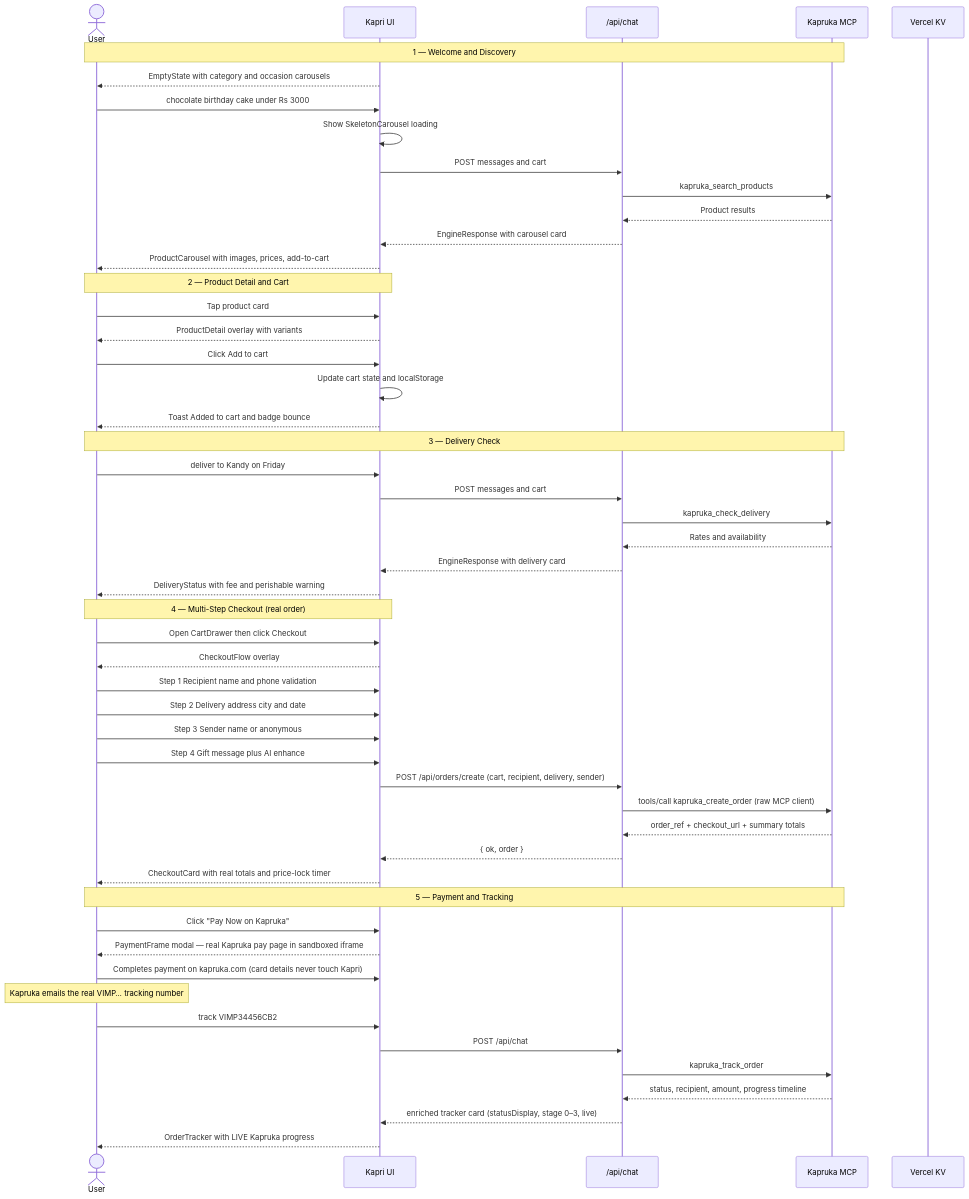
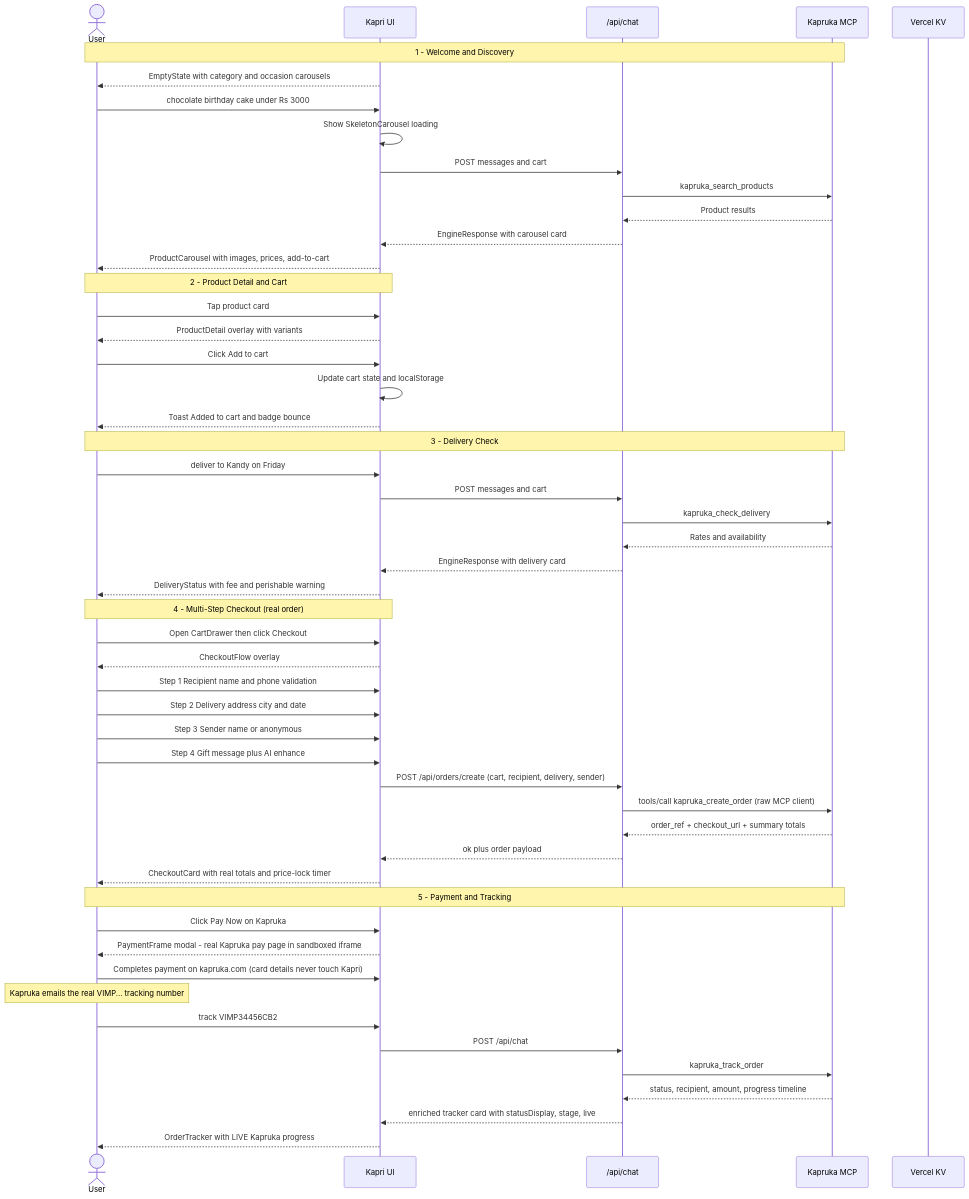
Before and after one commit to LasaKaru/kapri: the seventh of 8 diagrams in README.md, drawn with Mermaid. The commit also changed other lines of this file, not shown here.

First line of the commit message:
docs: make all README mermaid diagrams GitHub-renderable

````diff
--- a/README.md
+++ b/README.md
@@ -350,58 +352,58 @@
 ```mermaid
 sequenceDiagram
     actor User
     participant UI as Kapri UI
     participant API as /api/chat
     participant MCP as Kapruka MCP
     participant KV as Vercel KV
 
-    Note over User,MCP: 1 — Welcome and Discovery
+    Note over User,MCP: 1 - Welcome and Discovery
     UI-->>User: EmptyState with category and occasion carousels
     User->>UI: chocolate birthday cake under Rs 3000
     UI->>UI: Show SkeletonCarousel loading
     UI->>API: POST messages and cart
     API->>MCP: kapruka_search_products
     MCP-->>API: Product results
     API-->>UI: EngineResponse with carousel card
     UI-->>User: ProductCarousel with images, prices, add-to-cart
 
-    Note over User,UI: 2 — Product Detail and Cart
+    Note over User,UI: 2 - Product Detail and Cart
     User->>UI: Tap product card
     UI-->>User: ProductDetail overlay with variants
     User->>UI: Click Add to cart
     UI->>UI: Update cart state and localStorage
     UI-->>User: Toast Added to cart and badge bounce
 
-    Note over User,MCP: 3 — Delivery Check
+    Note over User,MCP: 3 - Delivery Check
     User->>UI: deliver to Kandy on Friday
     UI->>API: POST messages and cart
     API->>MCP: kapruka_check_delivery
     MCP-->>API: Rates and availability
     API-->>UI: EngineResponse with delivery card
     UI-->>User: DeliveryStatus with fee and perishable warning
 
-    Note over User,UI: 4 — Multi-Step Checkout (real order)
+    Note over User,UI: 4 - Multi-Step Checkout (real order)
     User->>UI: Open CartDrawer then click Checkout
     UI-->>User: CheckoutFlow overlay
     User->>UI: Step 1 Recipient name and phone validation
     User->>UI: Step 2 Delivery address city and date
     User->>UI: Step 3 Sender name or anonymous
     User->>UI: Step 4 Gift message plus AI enhance
     UI->>API: POST /api/orders/create (cart, recipient, delivery, sender)
     API->>MCP: tools/call kapruka_create_order (raw MCP client)
     MCP-->>API: order_ref + checkout_url + summary totals
-    API-->>UI: { ok, order }
+    API-->>UI: ok plus order payload
     UI-->>User: CheckoutCard with real totals and price-lock timer
 
-    Note over User,MCP: 5 — Payment and Tracking
-    User->>UI: Click "Pay Now on Kapruka"
-    UI-->>User: PaymentFrame modal — real Kapruka pay page in sandboxed iframe
+    Note over User,MCP: 5 - Payment and Tracking
+    User->>UI: Click Pay Now on Kapruka
+    UI-->>User: PaymentFrame modal - real Kapruka pay page in sandboxed iframe
     User->>UI: Completes payment on kapruka.com (card details never touch Kapri)
-    Note over User: Kapruka emails the real VIMP… tracking number
+    Note over User: Kapruka emails the real VIMP... tracking number
     User->>UI: track VIMP34456CB2
     UI->>API: POST /api/chat
     API->>MCP: kapruka_track_order
     MCP-->>API: status, recipient, amount, progress timeline
-    API-->>UI: enriched tracker card (statusDisplay, stage 0–3, live)
+    API-->>UI: enriched tracker card with statusDisplay, stage, live
     UI-->>User: OrderTracker with LIVE Kapruka progress
 ```
````
